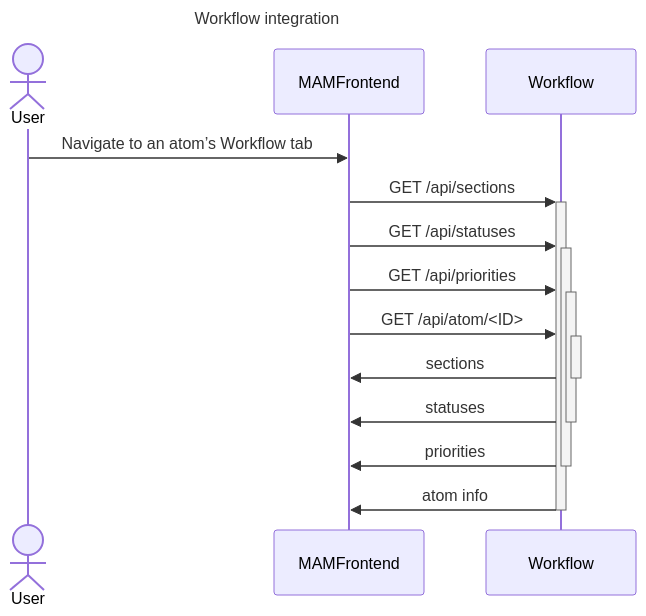
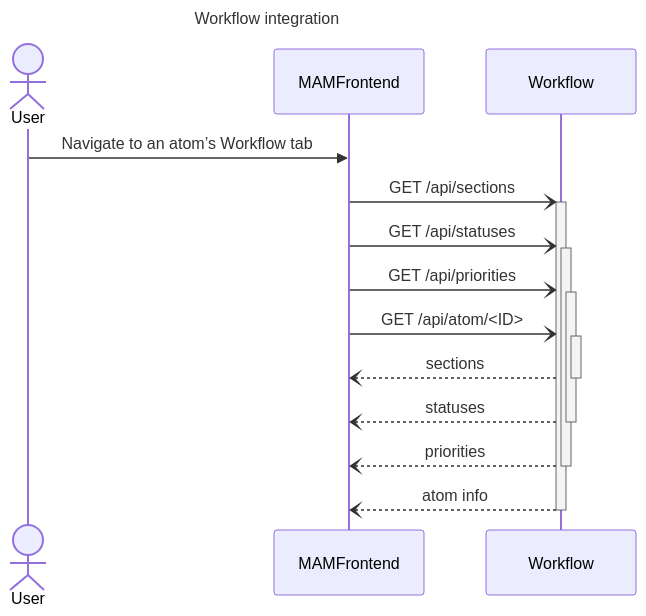
Before and after one commit to guardian/media-atom-maker: the second of 2 diagrams in docs/10-architecture.md, drawn with Mermaid.

Commit message:
Use async arrows

````diff
--- a/docs/10-architecture.md
+++ b/docs/10-architecture.md
@@ -145,17 +145,17 @@
 ```mermaid
 ---
 title: Workflow integration
 ---
 sequenceDiagram
   actor User
   participant MAMFrontend
   User ->> MAMFrontend: Navigate to an atom’s Workflow tab
-  MAMFrontend ->>+ Workflow: GET /api/sections
-  MAMFrontend ->>+ Workflow: GET /api/statuses
-  MAMFrontend ->>+ Workflow: GET /api/priorities
-  MAMFrontend ->>+ Workflow: GET /api/atom/<ID>
-  Workflow ->>- MAMFrontend: sections
-  Workflow ->>- MAMFrontend: statuses
-  Workflow ->>- MAMFrontend: priorities
-  Workflow ->>- MAMFrontend: atom info
+  MAMFrontend -)+ Workflow: GET /api/sections
+  MAMFrontend -)+ Workflow: GET /api/statuses
+  MAMFrontend -)+ Workflow: GET /api/priorities
+  MAMFrontend -)+ Workflow: GET /api/atom/<ID>
+  Workflow --)- MAMFrontend: sections
+  Workflow --)- MAMFrontend: statuses
+  Workflow --)- MAMFrontend: priorities
+  Workflow --)- MAMFrontend: atom info
 ```
````
